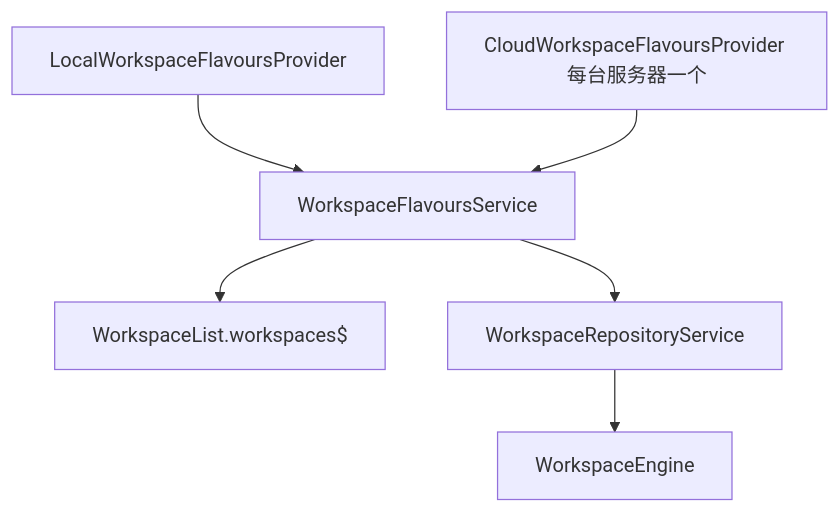
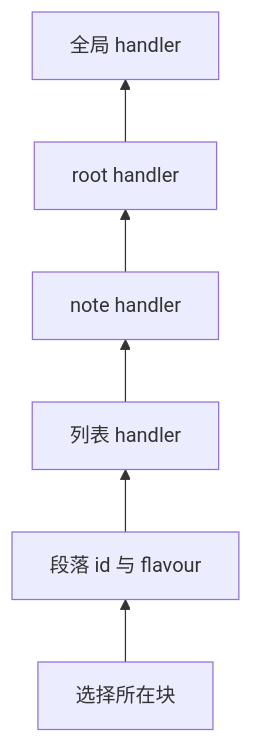
Before and after one commit to lfire/AFFiNE: the third of 6 diagrams in learning-guide/slides/decks/17.md, drawn with Mermaid. The commit also changed other lines of this file and 73 other files, not shown here.

````diff
--- a/learning-guide/slides/decks/17.md
+++ b/learning-guide/slides/decks/17.md
@@ -285,8 +328,8 @@
 ```mermaid
-flowchart TB
-  LP["LocalWorkspaceFlavoursProvider"] --> FS["WorkspaceFlavoursService"]
-  CP["CloudWorkspaceFlavoursProvider 每台服务器一个"] --> FS
-  FS --> WL["WorkspaceList.workspaces$"]
-  FS --> Repo["WorkspaceRepositoryService"]
-  Repo --> Engine["WorkspaceEngine"]
+flowchart BT
+  START["选择所在块"] --> P["段落 id 与 flavour"]
+  P --> L["列表 handler"]
+  L --> N["note handler"]
+  N --> R["root handler"]
+  R --> G["全局 handler"]
 ```
````
